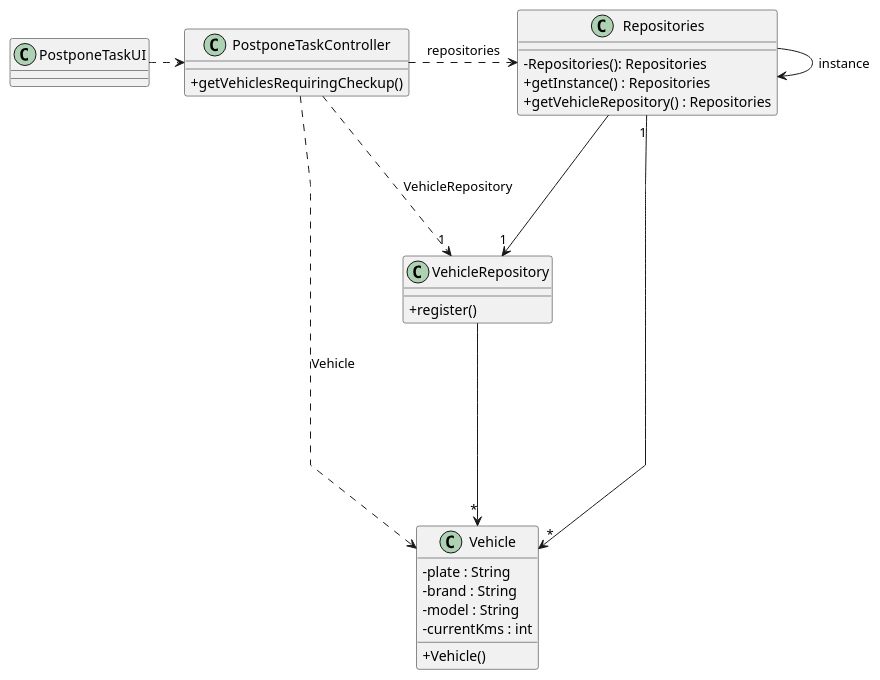
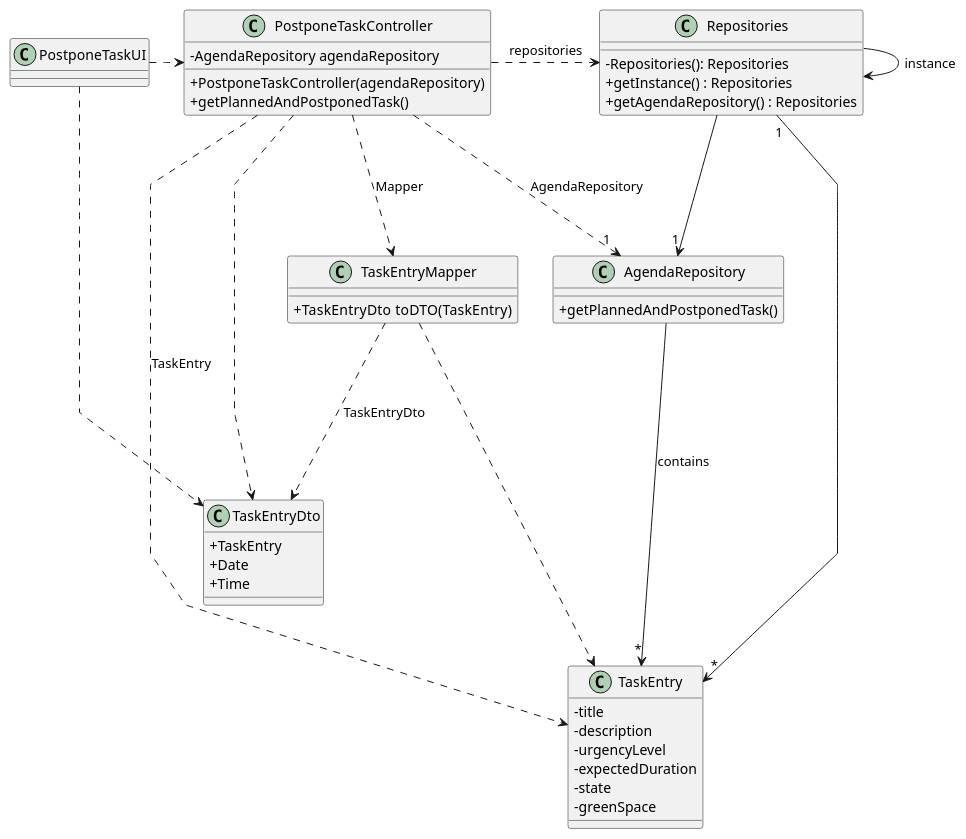
Before and after one commit to Departamento-de-Engenharia-Informatica/lei-24-s2-1dkl-g134: the diagram in docs/sprintC/us024/03.design/puml/us024-class-diagram.puml, drawn with PlantUML. The commit also changed 2 other files, not shown here.

```diff
--- a/docs/sprintC/us024/03.design/puml/us024-class-diagram.puml
+++ b/docs/sprintC/us024/03.design/puml/us024-class-diagram.puml
@@ -1,54 +1,69 @@
 @startuml
 'skinparam monochrome true
 skinparam packageStyle rectangle
 skinparam shadowing false
 skinparam linetype polyline
 'skinparam linetype orto
 
 skinparam classAttributeIconSize 0
 
 'left to right direction
 
 class PostponeTaskUI{
 }
 
 
 class PostponeTaskController{
-
-
-
-    +getVehiclesRequiringCheckup()
+-AgendaRepository agendaRepository
+    + PostponeTaskController(agendaRepository)
+    + getPlannedAndPostponedTask()
  }
 
 class Repositories {
     - Repositories(): Repositories
     + getInstance() : Repositories
-    + getVehicleRepository() : Repositories
+    + getAgendaRepository() : Repositories
 }
 
 
-class VehicleRepository {
-    + register()
+class AgendaRepository {
+    + getPlannedAndPostponedTask()
 
 }
 
-class  Vehicle{
-   -plate : String
-       -brand : String
-       -model : String
-       -currentKms : int
-       +Vehicle()
+class  TaskEntry{
+        -title
+        -description
+        -urgencyLevel
+        -expectedDuration
+        -state
+        -greenSpace
+
+}
+
+class TaskEntryMapper{
++TaskEntryDto  toDTO(TaskEntry)
+}
+class TaskEntryDto{
++TaskEntry
++Date
++Time
 }
 
 
 PostponeTaskUI .>  PostponeTaskController
- PostponeTaskController ...r> Repositories : repositories
-Repositories ---> "1" VehicleRepository
+PostponeTaskController ...r> Repositories : repositories
+PostponeTaskController ...> TaskEntryMapper : Mapper
+TaskEntryMapper ...> TaskEntryDto: TaskEntryDto
+TaskEntryMapper ...> TaskEntry
+PostponeTaskUI .> TaskEntryDto
+PostponeTaskController ..> TaskEntryDto
+Repositories ---> "1" AgendaRepository
 Repositories -> Repositories : instance
-Repositories "1" --> "*" Vehicle
+Repositories "1" --> "*" TaskEntry
 
-VehicleRepository --> "*" Vehicle
+AgendaRepository --> "*" TaskEntry: contains
 
- PostponeTaskController ......>  Vehicle : Vehicle
- PostponeTaskController ...> "1" VehicleRepository : VehicleRepository
+ PostponeTaskController ......>  TaskEntry : TaskEntry
+ PostponeTaskController ...> "1" AgendaRepository : AgendaRepository
 @enduml
```
